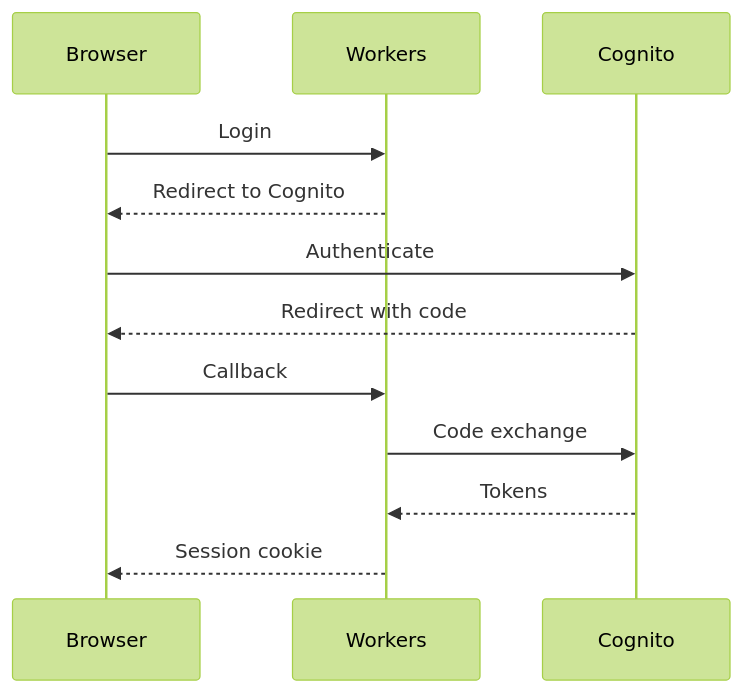
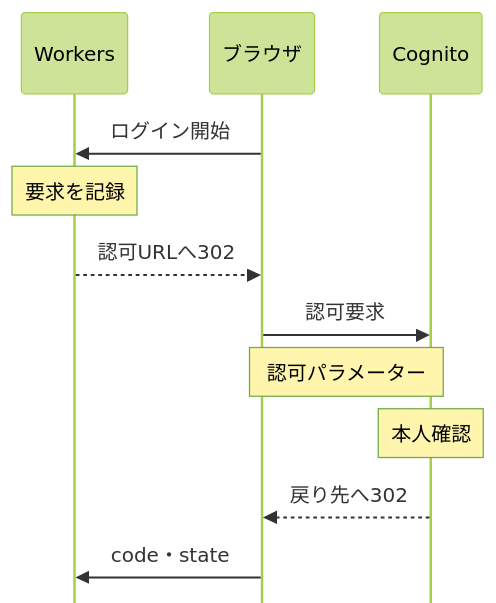
One commit to kurosiko/trail changed the first of 3 diagrams in src/content/posts/Web/cognito-to-external-idp.md. Above: the diagram before and after it, drawn with Mermaid (forest theme). The commit also changed other lines of this file and 67 other files, not shown here.

````diff
--- a/src/content/posts/Web/cognito-to-external-idp.md
+++ b/src/content/posts/Web/cognito-to-external-idp.md
@@ -19,14 +19,23 @@
 ```mermaid
+---
+config:
+  sequence:
+    diagramMarginX: 8
+    actorMargin: 20
+    width: 82
+    mirrorActors: false
+---
 sequenceDiagram
-  participant U as Browser
+  accTitle: ブラウザ経由で認可コードを受け取る
   participant W as Workers
+  participant U as ブラウザ
   participant C as Cognito
-  U->>W: Login
-  W-->>U: Redirect to Cognito
-  U->>C: Authenticate
-  C-->>U: Redirect with code
-  U->>W: Callback
-  W->>C: Code exchange
-  C-->>W: Tokens
-  W-->>U: Session cookie
+  U->>W: ログイン開始
+  Note over W: 要求を記録
+  W-->>U: 認可URLへ302
+  U->>C: 認可要求
+  Note over U,C: 認可パラメーター
+  Note over C: 本人確認
+  C-->>U: 戻り先へ302
+  U->>W: code・state
 ```
````
